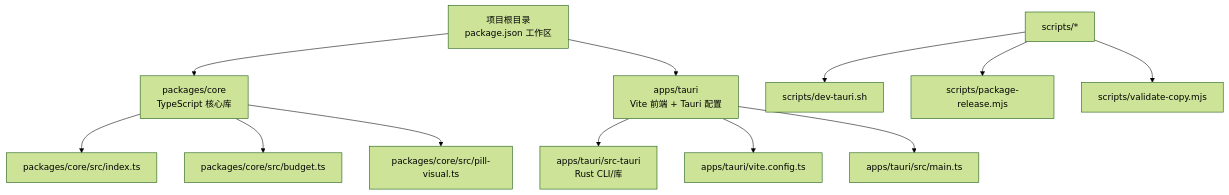
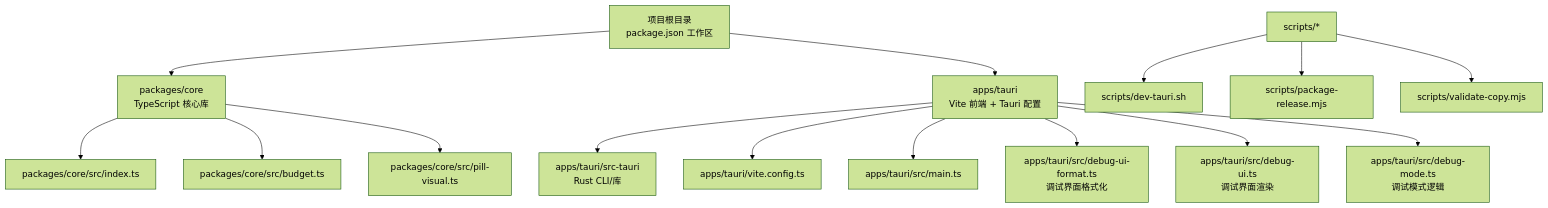
Before and after one commit to Sev73n/cursorq: the first of 9 diagrams in .qoder/repowiki/zh/content/开发指南/开发指南.md, drawn with Mermaid (forest theme). The commit also changed other lines of this file and 10 other files, not shown here.

````diff
--- a/.qoder/repowiki/zh/content/开发指南/开发指南.md
+++ b/.qoder/repowiki/zh/content/开发指南/开发指南.md
@@ -46,14 +51,17 @@
 ```mermaid
 graph TB
 root["项目根目录<br/>package.json 工作区"] --> core["packages/core<br/>TypeScript 核心库"]
 root --> tauri_app["apps/tauri<br/>Vite 前端 + Tauri 配置"]
 tauri_app --> tauri_rs["apps/tauri/src-tauri<br/>Rust CLI/库"]
 tauri_app --> vite_cfg["apps/tauri/vite.config.ts"]
 tauri_app --> main_ts["apps/tauri/src/main.ts"]
+tauri_app --> debug_ui_format["apps/tauri/src/debug-ui-format.ts<br/>调试界面格式化"]
+tauri_app --> debug_ui["apps/tauri/src/debug-ui.ts<br/>调试界面渲染"]
+tauri_app --> debug_mode["apps/tauri/src/debug-mode.ts<br/>调试模式逻辑"]
 core --> index_ts["packages/core/src/index.ts"]
 core --> budget_ts["packages/core/src/budget.ts"]
 core --> pill_visual_ts["packages/core/src/pill-visual.ts"]
 scripts_node["scripts/*"] --> dev_sh["scripts/dev-tauri.sh"]
 scripts_node --> pkg_rel["scripts/package-release.mjs"]
 scripts_node --> val_copy["scripts/validate-copy.mjs"]
 ```
````
